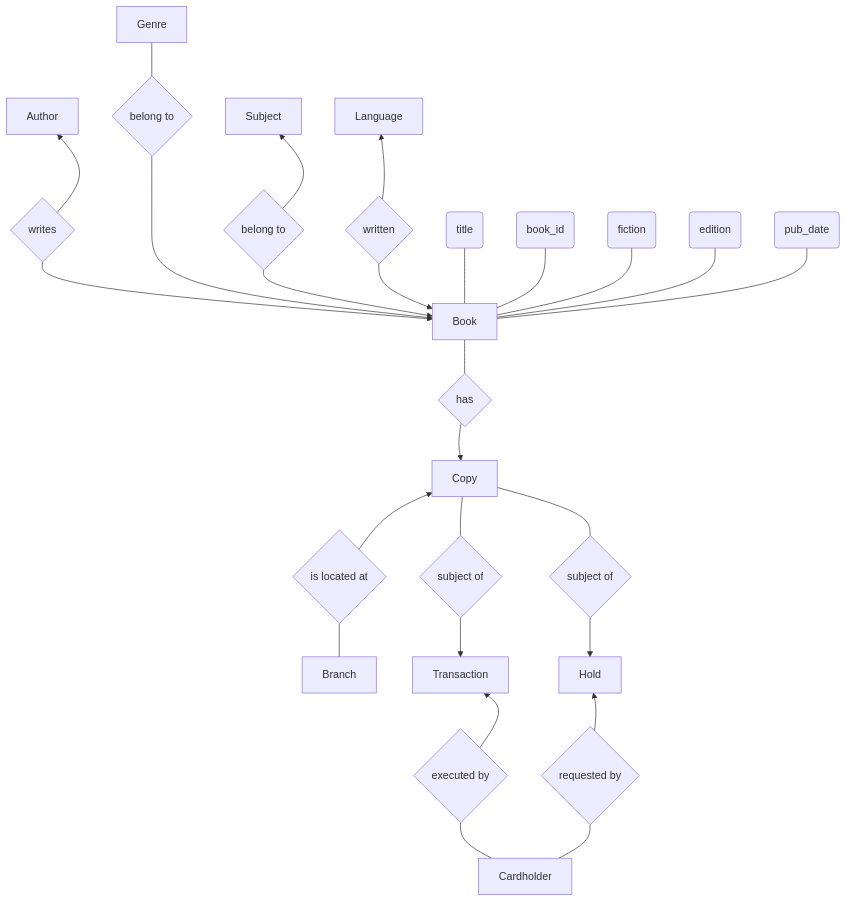
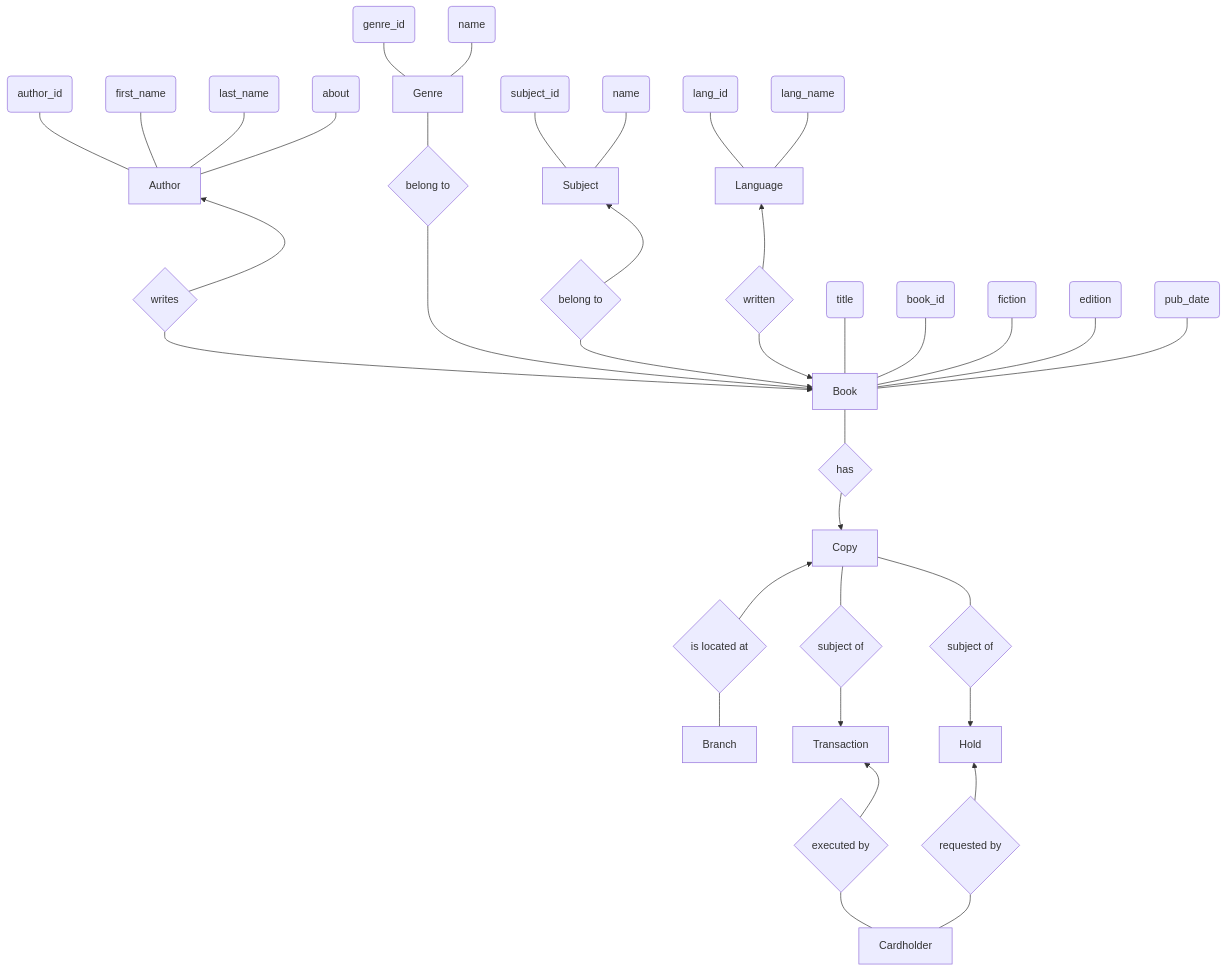
The diagram in deliverable_1.md (kelzzzz/CS425-ChiPub), drawn with Mermaid before and after one commit.

Commit message:
Add other attributes back in.

````diff
--- a/deliverable_1.md
+++ b/deliverable_1.md
@@ -15,28 +15,38 @@
 ```mermaid
 graph TD
+    aid(author_id) --- A
+    af(first_name) --- A
+    al(last_name) --- A
+    aa(about) --- A
     A[Author] ~~~ AB{writes} --> A
+    gid(genre_id) --- G
+    gnm(name) --- G
     G[Genre] --- GB{belong to}
+    sid(subject_id) --- S
+    sn(name) --- S
     S[Subject] ~~~ SB{belong to} --> S
+    lid(lang_id) --- L
+    lnm(lang_name) --- L
     L[Language] ~~~ LB{written} --> L
     AB --> B[Book]
     GB ---> B
     SB --> B
     LB --> B
     bt(title) --- B
     bid(book_id) --- B
     bf(fiction) --- B
     be(edition) --- B
     bp(pub_date) --- B
     B --- CB{has}
     C[Copy] ~~~ CB --> C
     C ~~~ CBr{is located at} --> C
     CBr --- Br[Branch]
     C --- CT{subject of}
     CT --> T[Transaction]
     C --- CH{subject of}
     CH --> H[Hold]
     T ~~~ TCh{executed by} --> T
     TCh --- Ch[Cardholder]
     H ~~~ HCh{requested by} --> H
     HCh --- Ch
 ```
````
